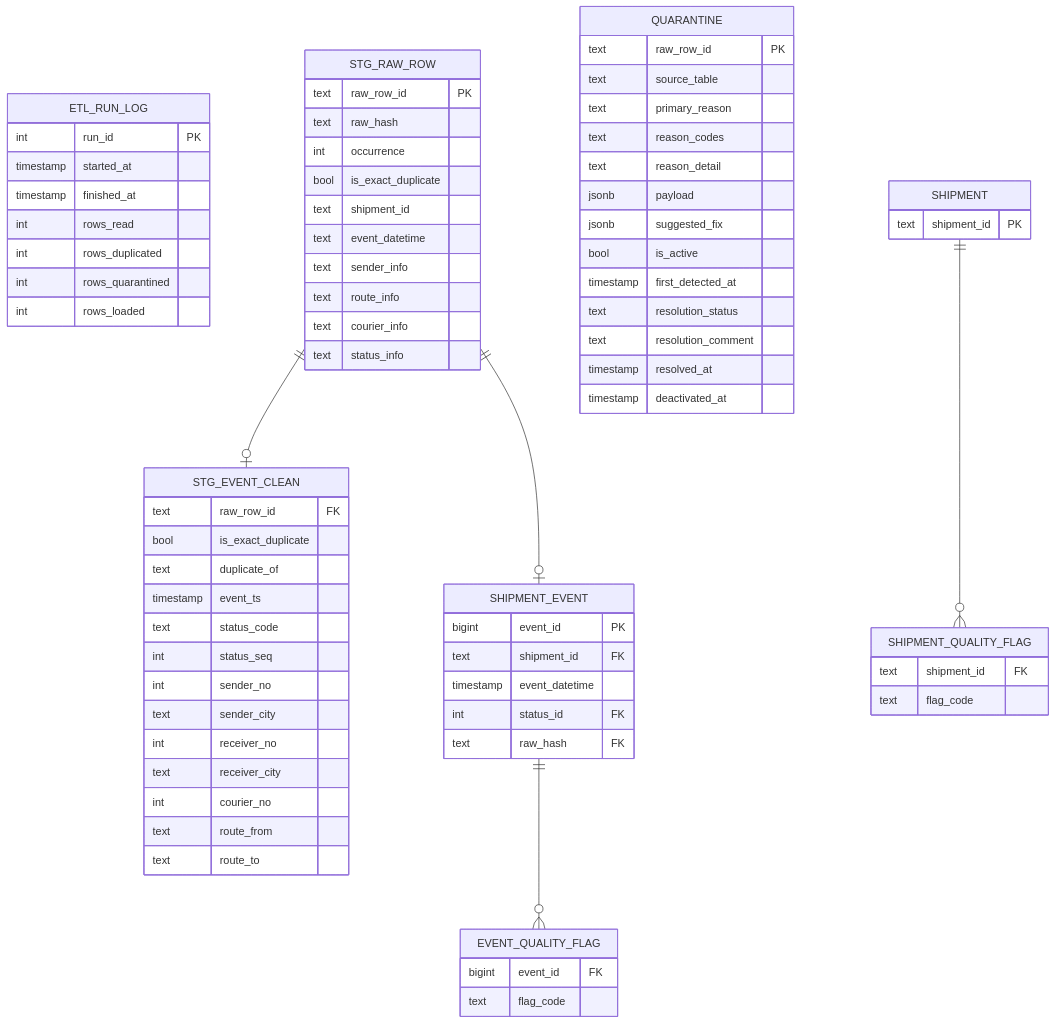
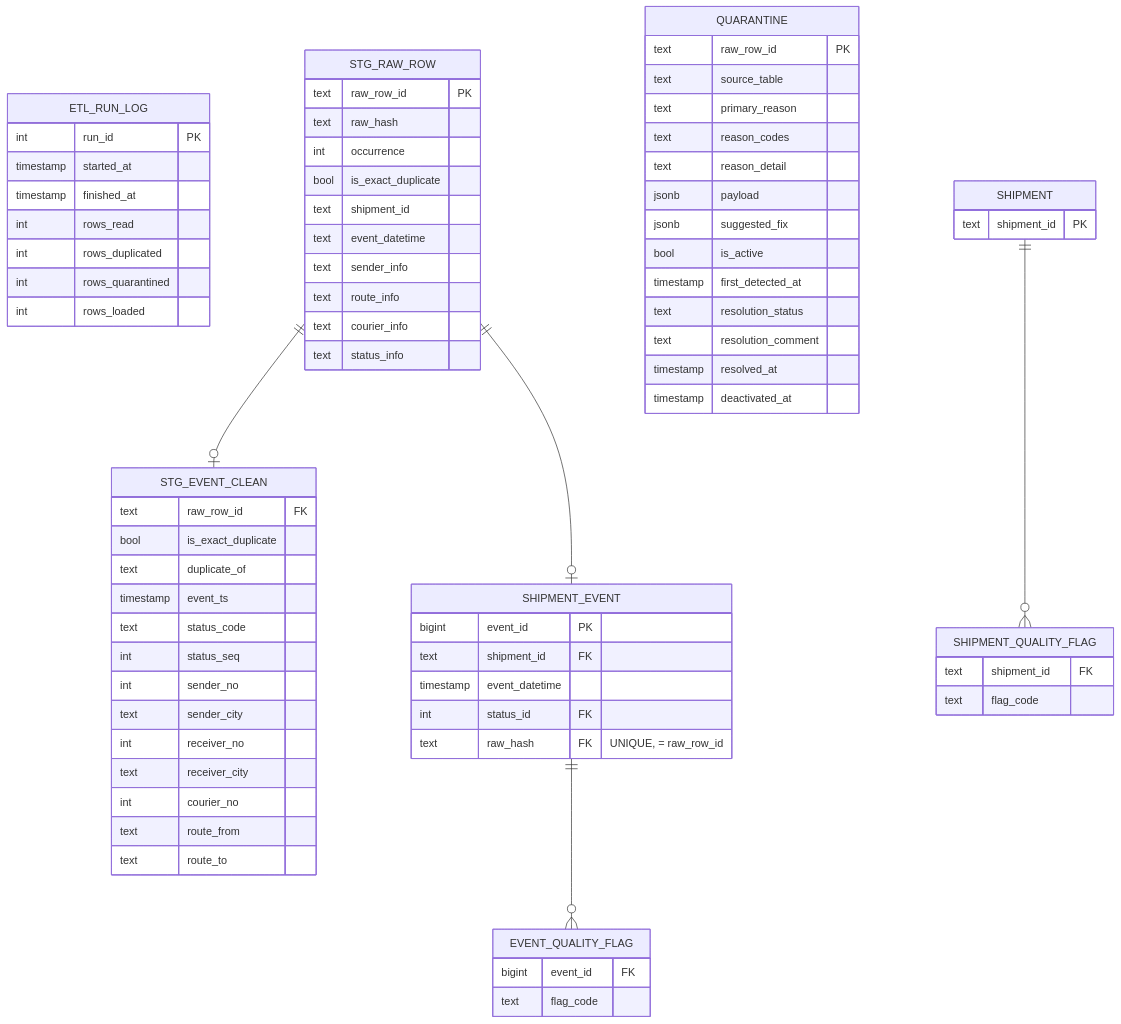
The second of 3 diagrams in 03_04_PhysDataDDL.md (MikhailNv/pkad), drawn with Mermaid before and after one commit. The commit also changed other lines of this file and 15 other files, not shown here.

```diff
--- a/03_04_PhysDataDDL.md
+++ b/03_04_PhysDataDDL.md
@@ -138,7 +142,7 @@
         text      shipment_id        FK
         timestamp event_datetime
         int       status_id          FK
-        text      raw_hash           FK
+        text      raw_hash           FK "UNIQUE, = raw_row_id"
     }
 
     SHIPMENT {
```
